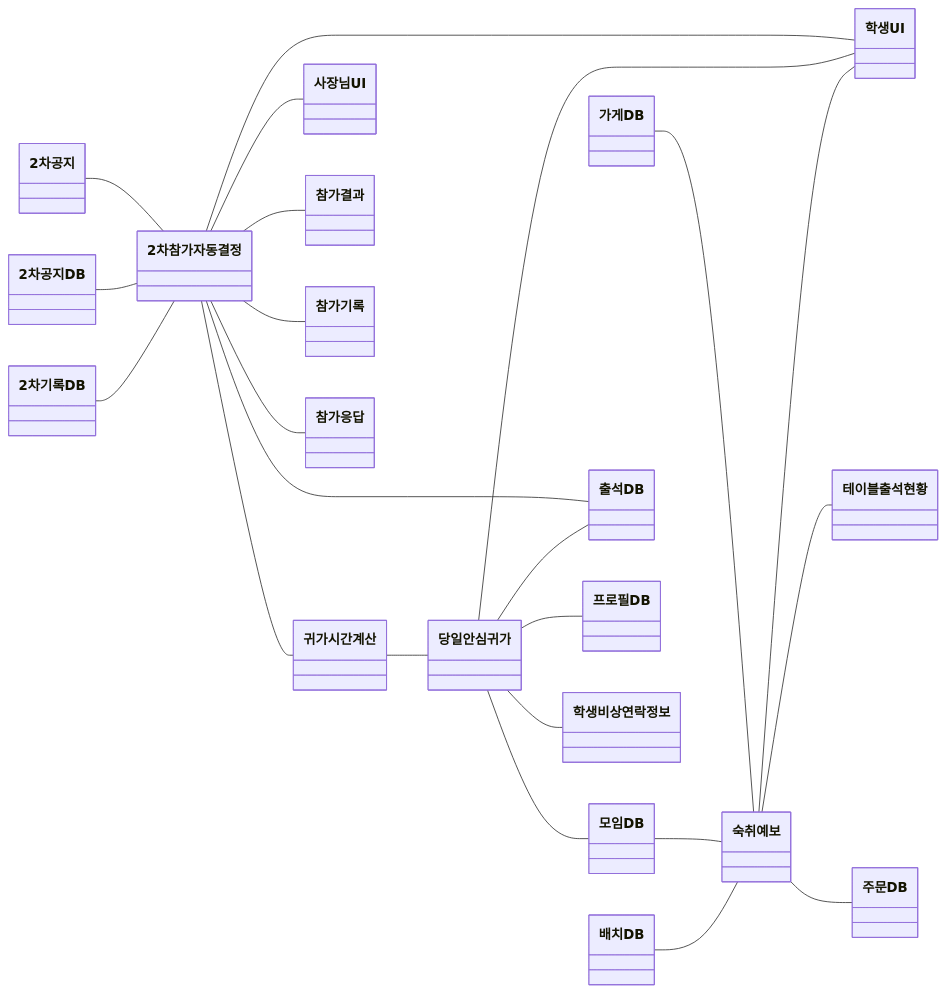
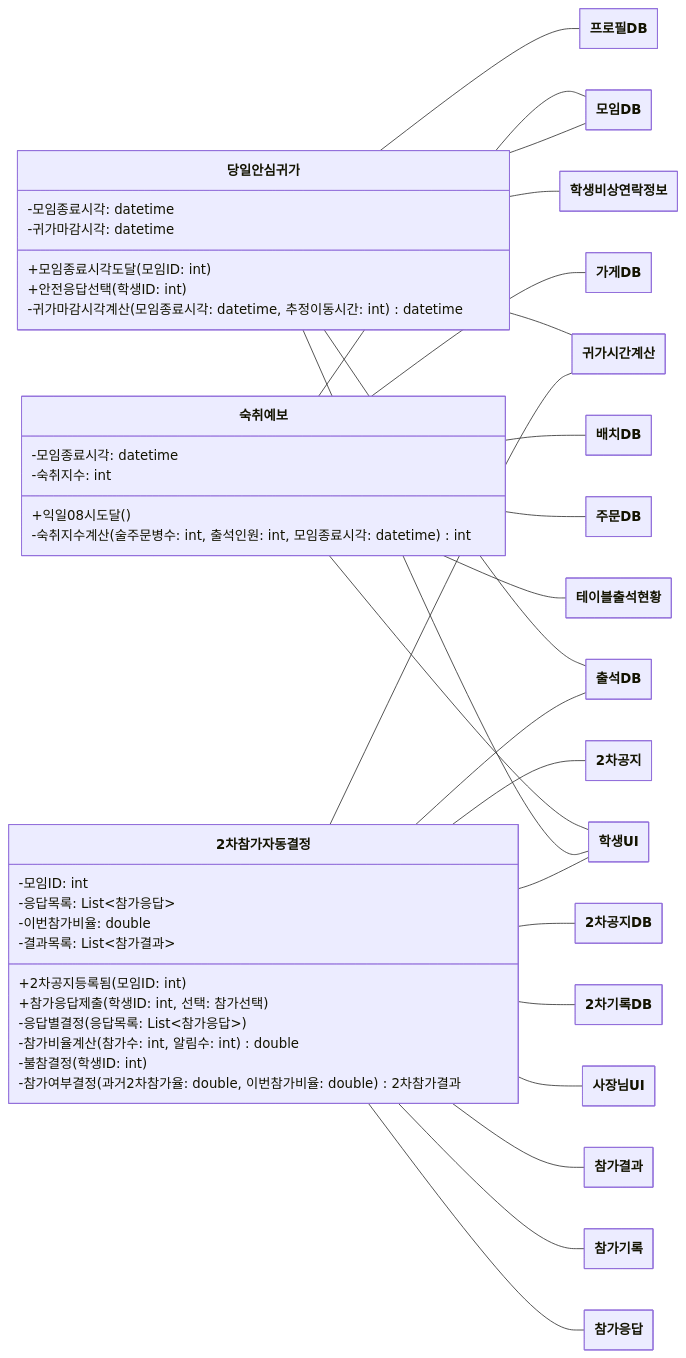
Before and after one commit to hojae3/sw-engineering-16: the sixth of 13 diagrams in class-diagram/class-diagram.md, drawn with Mermaid. The commit also changed other lines of this file and 1 other file, not shown here.

First line of the commit message:
[class] 통합 클래스 다이어그램을 PPT 구성에 맞춰 영역별 그림으로 변경

````diff
--- a/class-diagram/class-diagram.md
+++ b/class-diagram/class-diagram.md
@@ -380,46 +535,73 @@
 ```mermaid
+---
+config:
+  class:
+    hideEmptyMembersBox: true
+---
 classDiagram
     direction LR
+    class SafeReturnHome["당일안심귀가"] {
+        -모임종료시각: datetime
+        -귀가마감시각: datetime
+        +모임종료시각도달(모임ID: int)
+        +안전응답선택(학생ID: int)
+        -귀가마감시각계산(모임종료시각: datetime, 추정이동시간: int) datetime
+    }
+    class HangoverForecast["숙취예보"] {
+        -모임종료시각: datetime
+        -숙취지수: int
+        +익일08시도달()
+        -숙취지수계산(술주문병수: int, 출석인원: int, 모임종료시각: datetime) int
+    }
+    class SecondRoundAutoDecision["2차참가자동결정"] {
+        -모임ID: int
+        -응답목록: List~참가응답~
+        -이번참가비율: double
+        -결과목록: List~참가결과~
+        +2차공지등록됨(모임ID: int)
+        +참가응답제출(학생ID: int, 선택: 참가선택)
+        -응답별결정(응답목록: List~참가응답~)
+        -참가비율계산(참가수: int, 알림수: int) double
+        -불참결정(학생ID: int)
+        -참가여부결정(과거2차참가율: double, 이번참가비율: double) 2차참가결과
+    }
     class SecondNotice["2차공지"]
     class SecondNoticeDB["2차공지DB"]
     class SecondRecordDB["2차기록DB"]
-    class SecondRoundAutoDecision["2차참가자동결정"]
     class StoreDB["가게DB"]
     class ReturnHomeTimeCalc["귀가시간계산"]
-    class SafeReturnHome["당일안심귀가"]
     class MeetingDB["모임DB"]
     class ArrangementDB["배치DB"]
     class OwnerUI["사장님UI"]
-    class HangoverForecast["숙취예보"]
     class OrderDB["주문DB"]
     class ParticipationResult["참가결과"]
     class ParticipationRecord["참가기록"]
     class ParticipationResponse["참가응답"]
     class AttendanceDB["출석DB"]
     class TableAttendanceStatus["테이블출석현황"]
     class ProfileDB["프로필DB"]
     class StudentUI["학생UI"]
     class StudentEmergencyContact["학생비상연락정보"]
-    SecondNotice -- SecondRoundAutoDecision
-    SecondNoticeDB -- SecondRoundAutoDecision
-    SecondRecordDB -- SecondRoundAutoDecision
+    SecondRoundAutoDecision -- SecondNotice
+    SecondRoundAutoDecision -- SecondNoticeDB
+    SecondRoundAutoDecision -- SecondRecordDB
     SecondRoundAutoDecision -- ReturnHomeTimeCalc
     SecondRoundAutoDecision -- OwnerUI
     SecondRoundAutoDecision -- ParticipationResult
     SecondRoundAutoDecision -- ParticipationRecord
     SecondRoundAutoDecision -- ParticipationResponse
     SecondRoundAutoDecision -- AttendanceDB
     SecondRoundAutoDecision -- StudentUI
-    StoreDB -- HangoverForecast
-    ReturnHomeTimeCalc -- SafeReturnHome
+    HangoverForecast -- StoreDB
+    SafeReturnHome -- ReturnHomeTimeCalc
     SafeReturnHome -- MeetingDB
     SafeReturnHome -- AttendanceDB
     SafeReturnHome -- ProfileDB
     SafeReturnHome -- StudentUI
     SafeReturnHome -- StudentEmergencyContact
-    MeetingDB -- HangoverForecast
-    ArrangementDB -- HangoverForecast
+    HangoverForecast -- MeetingDB
+    HangoverForecast -- ArrangementDB
     HangoverForecast -- OrderDB
     HangoverForecast -- TableAttendanceStatus
     HangoverForecast -- StudentUI
 ```
````
